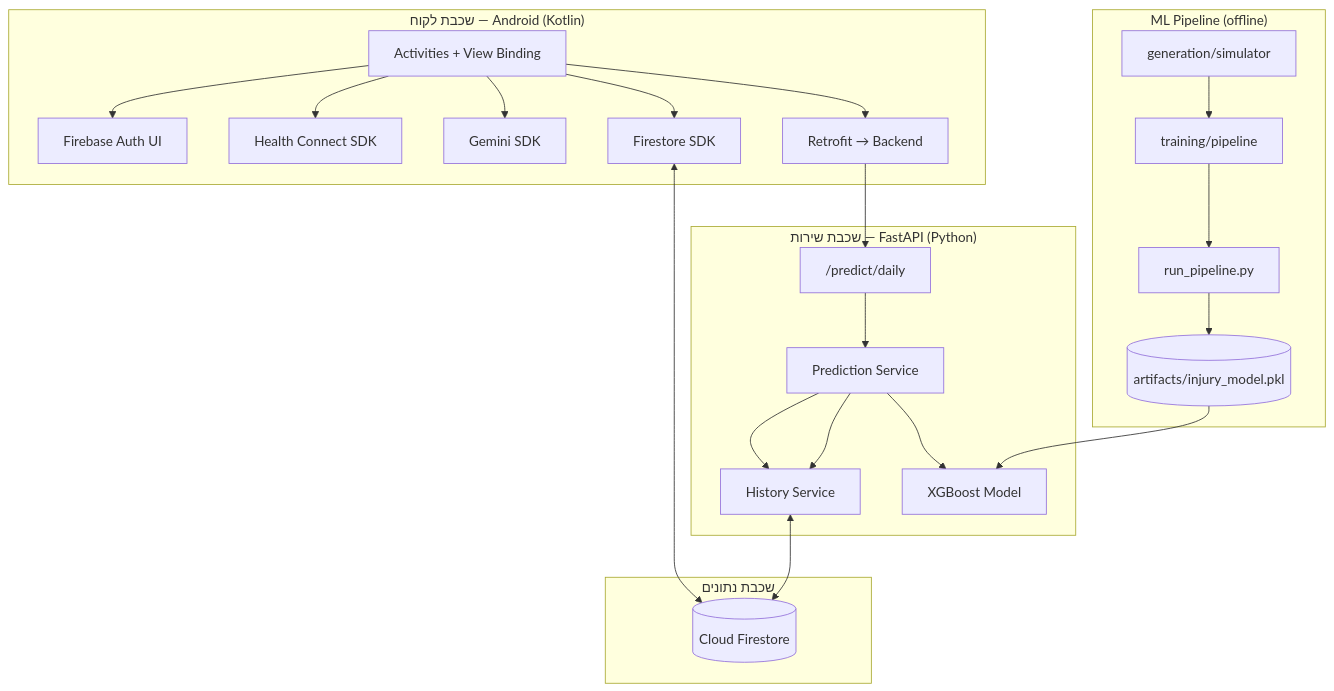
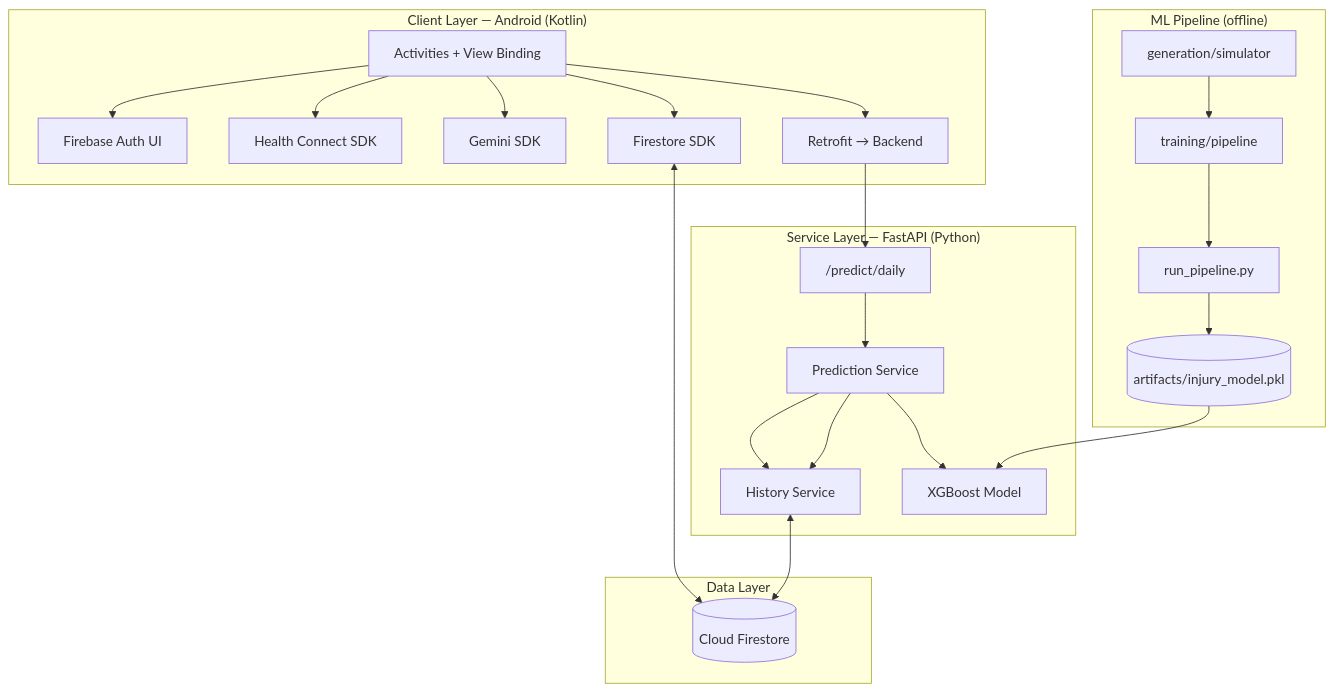
Before and after one commit to yahav97/final_project_AthleAgent: the second of 5 diagrams in docs/HLD_PROJECT.md, drawn with Mermaid. The commit also changed other lines of this file and 4 other files, not shown here.

````diff
--- a/docs/HLD_PROJECT.md
+++ b/docs/HLD_PROJECT.md
@@ -76,44 +78,44 @@
 ```mermaid
 flowchart TB
-    subgraph Client["שכבת לקוח — Android (Kotlin)"]
+    subgraph Client["Client Layer — Android (Kotlin)"]
         UI[Activities + View Binding]
         Auth[Firebase Auth UI]
         HC[Health Connect SDK]
         GemClient[Gemini SDK]
         FS_SDK[Firestore SDK]
         Retro[Retrofit → Backend]
     end
 
-    subgraph Server["שכבת שירות — FastAPI (Python)"]
+    subgraph Server["Service Layer — FastAPI (Python)"]
         API["/predict/daily"]
         PredSvc[Prediction Service]
         HistSvc[History Service]
         ML[XGBoost Model]
     end
 
-    subgraph Data["שכבת נתונים"]
+    subgraph Data["Data Layer"]
         Firestore[(Cloud Firestore)]
     end
 
     subgraph MLOps["ML Pipeline (offline)"]
         Gen[generation/simulator]
         Train[training/pipeline]
         Promote[run_pipeline.py]
         Artifacts[(artifacts/injury_model.pkl)]
     end
 
     UI --> Auth
     UI --> HC
     UI --> GemClient
     UI --> FS_SDK
     UI --> Retro
     FS_SDK <--> Firestore
     Retro --> API
     API --> PredSvc
     PredSvc --> HistSvc
     HistSvc <--> Firestore
     PredSvc --> ML
     PredSvc --> HistSvc
     Gen --> Train --> Promote --> Artifacts
     Artifacts --> ML
 ```
````
